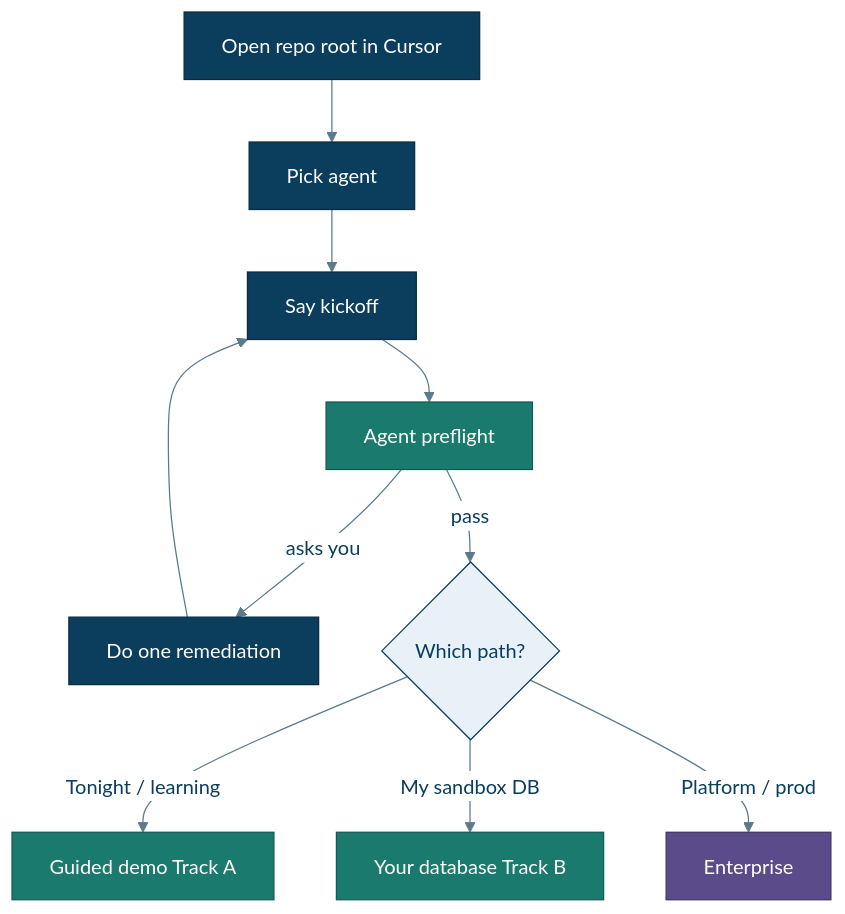
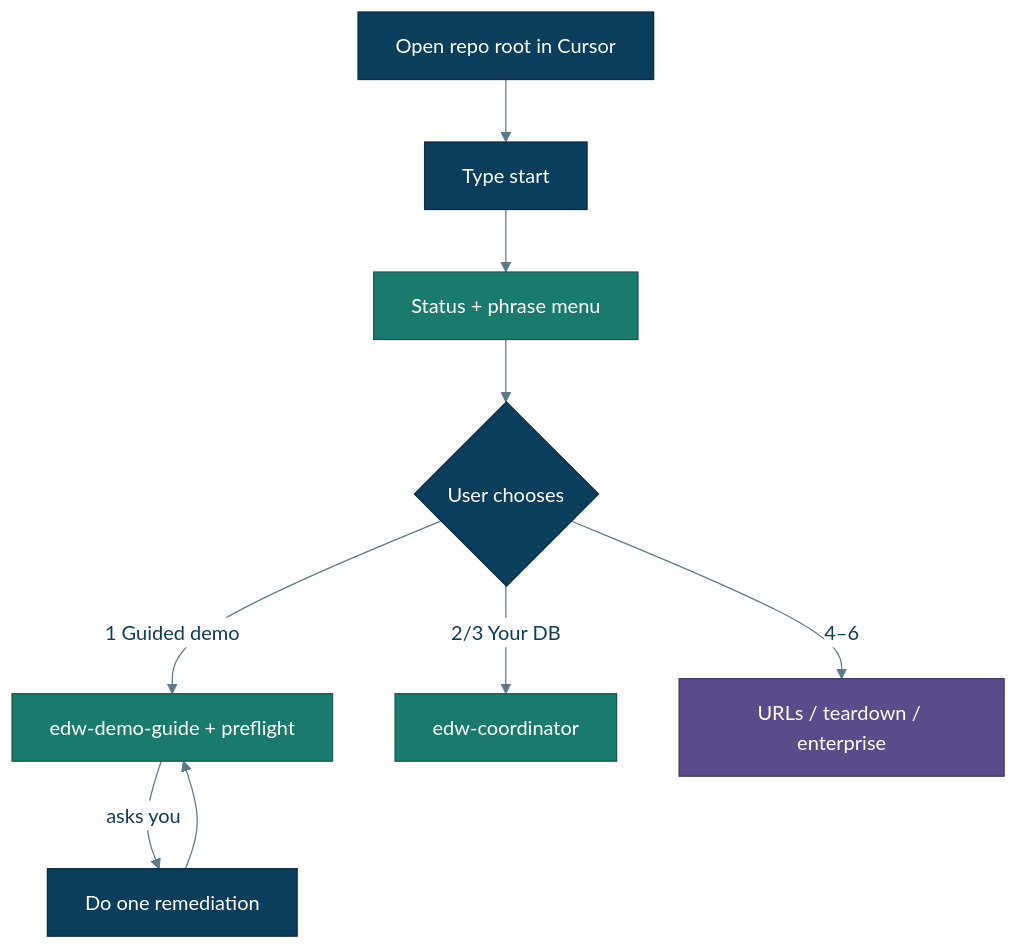
One commit to Jericho2010/edwmigration changed the first of 2 diagrams in docs/getting-started.md. Above: the diagram before and after it, drawn with Mermaid. The commit also changed other lines of this file and 58 other files, not shown here.

First line of the commit message:
Add edw-start front door, harden subagents, and clarify start-first docs.

````diff
--- a/docs/getting-started.md
+++ b/docs/getting-started.md
@@ -9,19 +11,18 @@
 ```mermaid
 %%{init: {"theme":"base","themeVariables":{"primaryColor":"#E8F1F8","primaryTextColor":"#0B3D5C","primaryBorderColor":"#0B3D5C","lineColor":"#5B7A8C","secondaryColor":"#E6F4F1","tertiaryColor":"#F7F3EA","background":"#FFFFFF","mainBkg":"#E8F1F8","clusterBkg":"#F7FAFC","clusterBorder":"#5B7A8C","titleColor":"#0B3D5C","edgeLabelBackground":"#FFFFFF"}}}%%
 flowchart TD
-  A[Open repo root in Cursor] --> B[Pick agent]
-  B --> C[Say kickoff]
-  C --> D[Agent preflight]
-  D -->|asks you| E[Do one remediation]
-  E --> C
-  D -->|pass| F{Which path?}
-  F -->|Tonight / learning| G[Guided demo Track A]
-  F -->|My sandbox DB| H[Your database Track B]
-  F -->|Platform / prod| I[Enterprise]
+  A[Open repo root in Cursor] --> B[Type start]
+  B --> C[Status + phrase menu]
+  C --> D{User chooses}
+  D -->|1 Guided demo| E[edw-demo-guide + preflight]
+  D -->|2/3 Your DB| F[edw-coordinator]
+  D -->|4–6| G[URLs / teardown / enterprise]
+  E -->|asks you| H[Do one remediation]
+  H --> E
   classDef user fill:#0B3D5C,stroke:#082C43,color:#fff
   classDef agent fill:#1B7A6E,stroke:#145A51,color:#fff
   classDef ops fill:#5B4B8A,stroke:#3F3460,color:#fff
-  class A,B,C,E user
-  class D,G,H agent
-  class I ops
+  class A,B,D,H user
+  class C,E,F agent
+  class G ops
 ```
````
